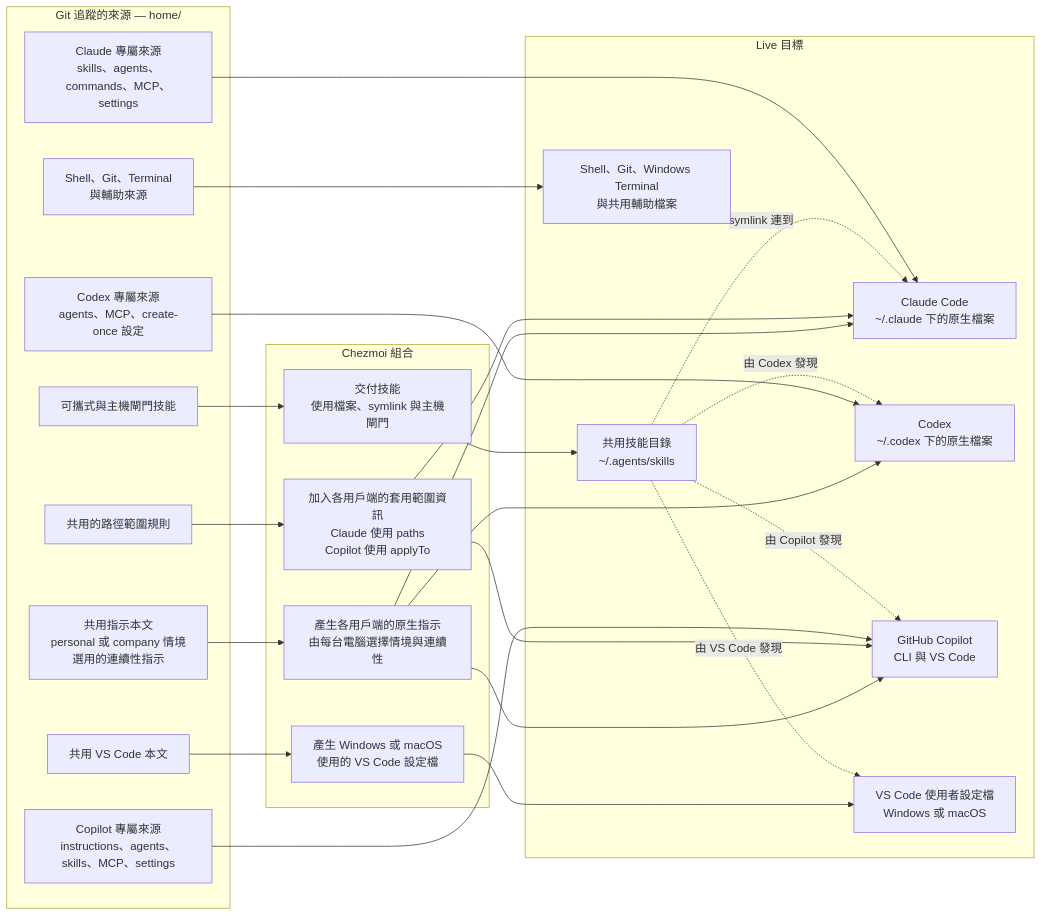
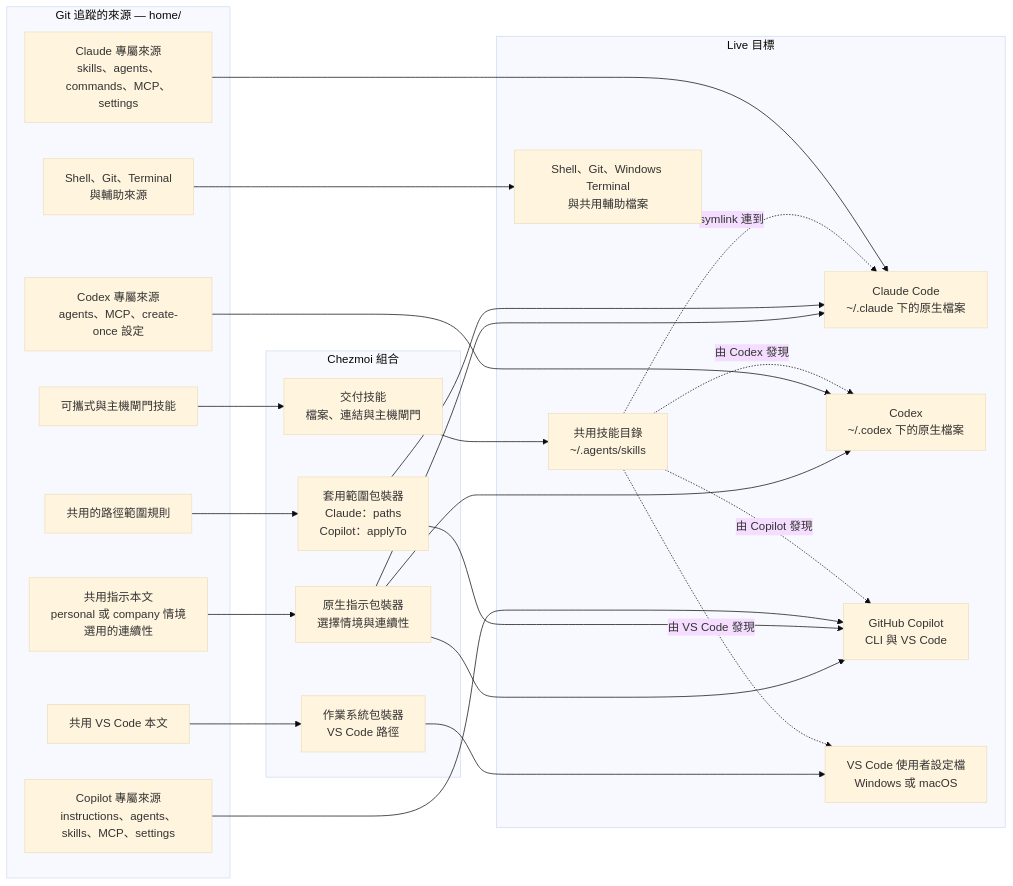
One commit to sherrilla71940/dotfiles changed the first of 3 diagrams in README.zh-TW.md. Above: the diagram before and after it, drawn with Mermaid. The commit also changed other lines of this file and 1 other file, not shown here.

Commit message:
docs(readme): clarify Mermaid workflow diagrams

````diff
--- a/README.zh-TW.md
+++ b/README.zh-TW.md
@@ -51,53 +51,54 @@
 ```mermaid
+%%{init: {"theme": "base", "themeVariables": {"fontSize": "16px", "fontFamily": "system-ui, sans-serif"}}}%%
 flowchart LR
     subgraph source["Git 追蹤的來源 — home/"]
-        core["共用指示本文<br/>personal 或 company 情境<br/>選用的連續性指示"]
+        core["共用指示本文<br/>personal 或 company 情境<br/>選用的連續性"]
         rules["共用的路徑範圍規則"]
         skills["可攜式與主機閘門技能"]
         claudeNative["Claude 專屬來源<br/>skills、agents、commands、MCP、settings"]
         codexNative["Codex 專屬來源<br/>agents、MCP、create-once 設定"]
         copilotNative["Copilot 專屬來源<br/>instructions、agents、skills、MCP、settings"]
         vscodeBody["共用 VS Code 本文"]
         platform["Shell、Git、Terminal<br/>與輔助來源"]
     end
 
     subgraph render["Chezmoi 組合"]
-        instructionAdapters["產生各用戶端的原生指示<br/>由每台電腦選擇情境與連續性"]
-        ruleAdapters["加入各用戶端的套用範圍資訊<br/>Claude 使用 paths<br/>Copilot 使用 applyTo"]
-        skillDelivery["交付技能<br/>使用檔案、symlink 與主機閘門"]
-        osAdapters["產生 Windows 或 macOS<br/>使用的 VS Code 設定檔"]
+        instructionAdapters["原生指示包裝器<br/>選擇情境與連續性"]
+        ruleAdapters["套用範圍包裝器<br/>Claude：paths<br/>Copilot：applyTo"]
+        skillDelivery["交付技能<br/>檔案、連結與主機閘門"]
+        osAdapters["作業系統包裝器<br/>VS Code 路徑"]
     end
 
     subgraph targets["Live 目標"]
         claude["Claude Code<br/>~/.claude 下的原生檔案"]
         codex["Codex<br/>~/.codex 下的原生檔案"]
         copilot["GitHub Copilot<br/>CLI 與 VS Code"]
         agents["共用技能目錄<br/>~/.agents/skills"]
         vscode["VS Code 使用者設定檔<br/>Windows 或 macOS"]
         other["Shell、Git、Windows Terminal<br/>與共用輔助檔案"]
     end
 
     core --> instructionAdapters
     instructionAdapters --> claude
     instructionAdapters --> codex
     instructionAdapters --> copilot
 
     rules --> ruleAdapters
     ruleAdapters --> claude
     ruleAdapters --> copilot
 
     skills --> skillDelivery
     skillDelivery --> agents
     agents -.->|"symlink 連到"| claude
 
     claudeNative --> claude
     codexNative --> codex
     copilotNative --> copilot
 
     vscodeBody --> osAdapters --> vscode
     platform --> other
 
     agents -.->|"由 Codex 發現"| codex
     agents -.->|"由 Copilot 發現"| copilot
     agents -.->|"由 VS Code 發現"| vscode
 ```
````
